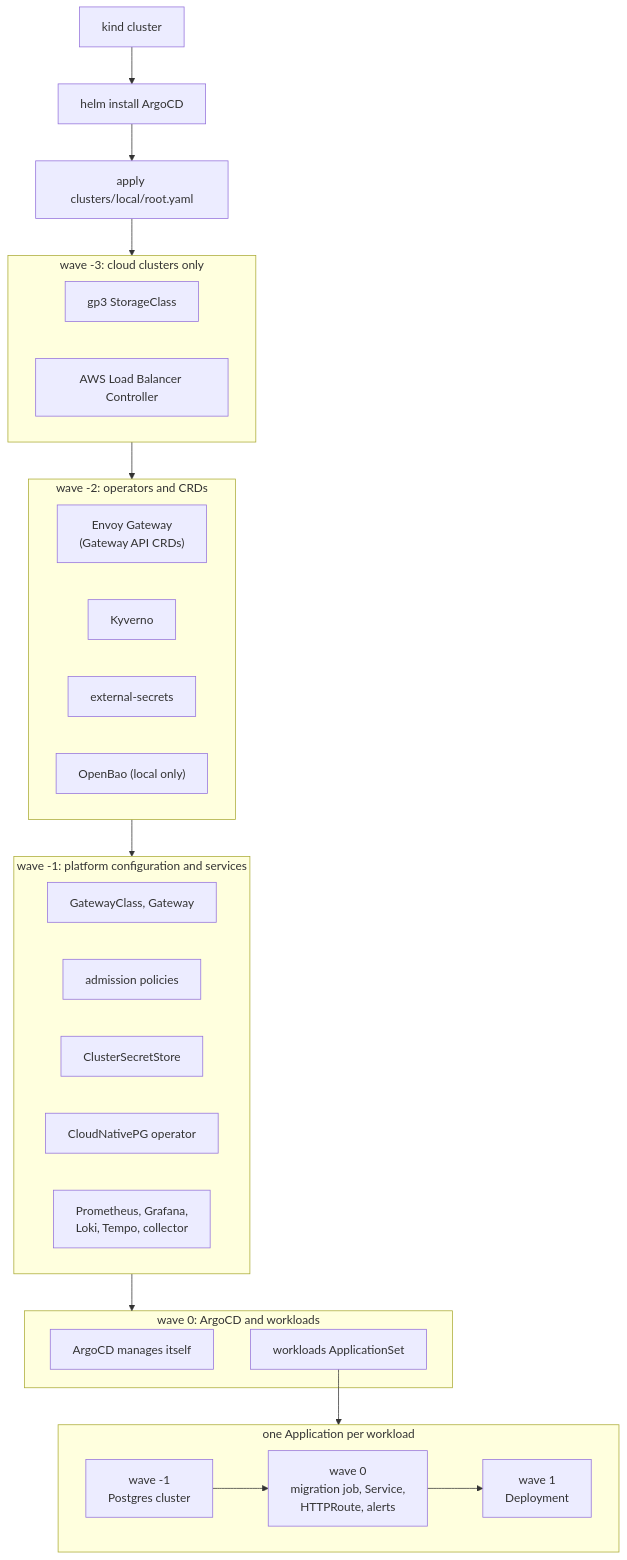
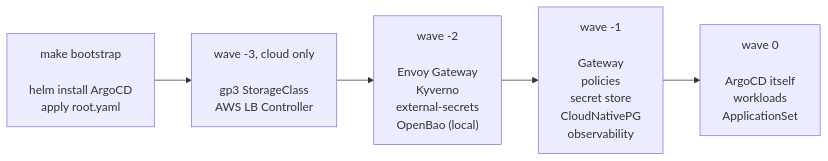
Before and after one commit to rootsher/platform-delivery: the second of 5 diagrams in README.md, drawn with Mermaid. The commit also changed other lines of this file, not shown here.

Commit message:
docs: split the readme diagrams and cut the prose

````diff
--- a/README.md
+++ b/README.md
@@ -71,43 +27,8 @@
 ```mermaid
-flowchart TB
-  kind["kind cluster"] --> install["helm install ArgoCD"] --> root["apply clusters/local/root.yaml"]
-  root --> w3
-
-  subgraph w3["wave -3: cloud clusters only"]
-    sc["gp3 StorageClass"]
-    lbc["AWS Load Balancer Controller"]
-  end
-
-  w3 --> w2
-
-  subgraph w2["wave -2: operators and CRDs"]
-    eg["Envoy Gateway<br/>(Gateway API CRDs)"]
-    kyverno["Kyverno"]
-    eso["external-secrets"]
-    bao["OpenBao (local only)"]
-  end
-
-  w2 --> w1
-
-  subgraph w1["wave -1: platform configuration and services"]
-    gw["GatewayClass, Gateway"]
-    pol["admission policies"]
-    store["ClusterSecretStore"]
-    cnpg["CloudNativePG operator"]
-    obs["Prometheus, Grafana,<br/>Loki, Tempo, collector"]
-  end
-
-  w1 --> w0
-
-  subgraph w0["wave 0: ArgoCD and workloads"]
-    self["ArgoCD manages itself"]
-    appset["workloads ApplicationSet"]
-  end
-
-  appset --> app
-
-  subgraph app["one Application per workload"]
-    direction LR
-    cluster["wave -1<br/>Postgres cluster"] --> job["wave 0<br/>migration job, Service,<br/>HTTPRoute, alerts"] --> deploy["wave 1<br/>Deployment"]
-  end
+flowchart LR
+  boot["make bootstrap<br/><br/>helm install ArgoCD<br/>apply root.yaml"]
+  boot --> w3["wave -3, cloud only<br/><br/>gp3 StorageClass<br/>AWS LB Controller"]
+  w3 --> w2["wave -2<br/><br/>Envoy Gateway<br/>Kyverno<br/>external-secrets<br/>OpenBao (local)"]
+  w2 --> w1["wave -1<br/><br/>Gateway<br/>policies<br/>secret store<br/>CloudNativePG<br/>observability"]
+  w1 --> w0["wave 0<br/><br/>ArgoCD itself<br/>workloads<br/>ApplicationSet"]
 ```
````
